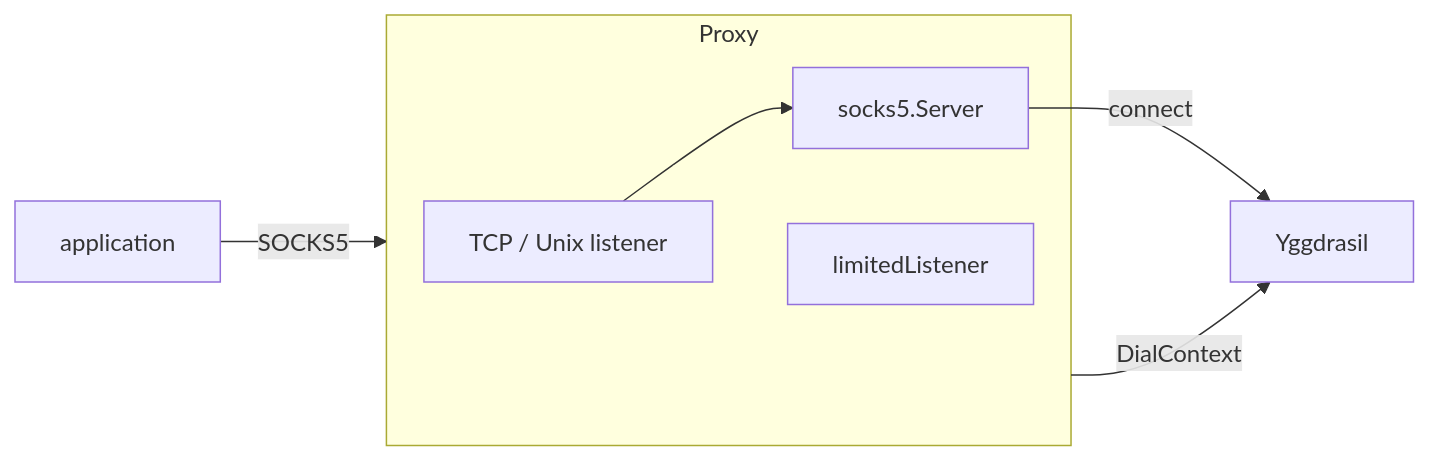
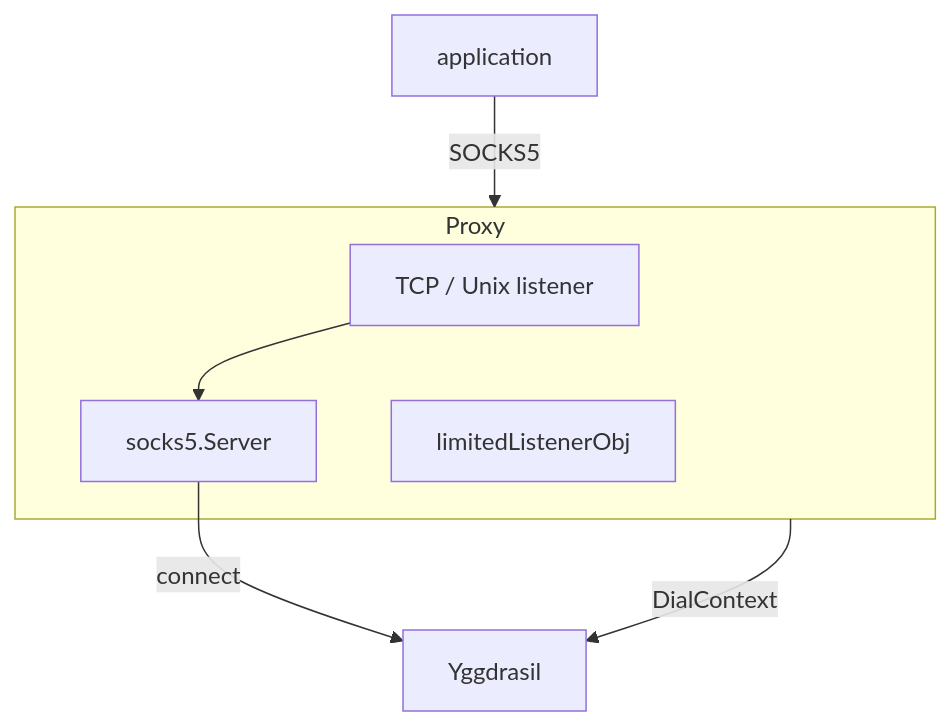
One commit to voluminor/ratatoskr changed the first of 3 diagrams in mod/socks/README.md. Above: the diagram before and after it, drawn with Mermaid. The commit also changed other lines of this file and 273 other files, not shown here.

````diff
--- a/mod/socks/README.md
+++ b/mod/socks/README.md
@@ -20,14 +25,14 @@
 ```mermaid
-flowchart LR
+flowchart TD
     App["application"] -->|" SOCKS5 "| Proxy["socks.Obj"]
     Proxy -->|" DialContext "| Ygg["Yggdrasil"]
 
     subgraph Proxy
         Listener["TCP / Unix listener"]
         Socks5["socks5.Server"]
-        Limit["limitedListener"]
+        Limit["limitedListenerObj"]
     end
 
     Listener --> Socks5
     Socks5 -->|" connect "| Ygg
 ```
````
